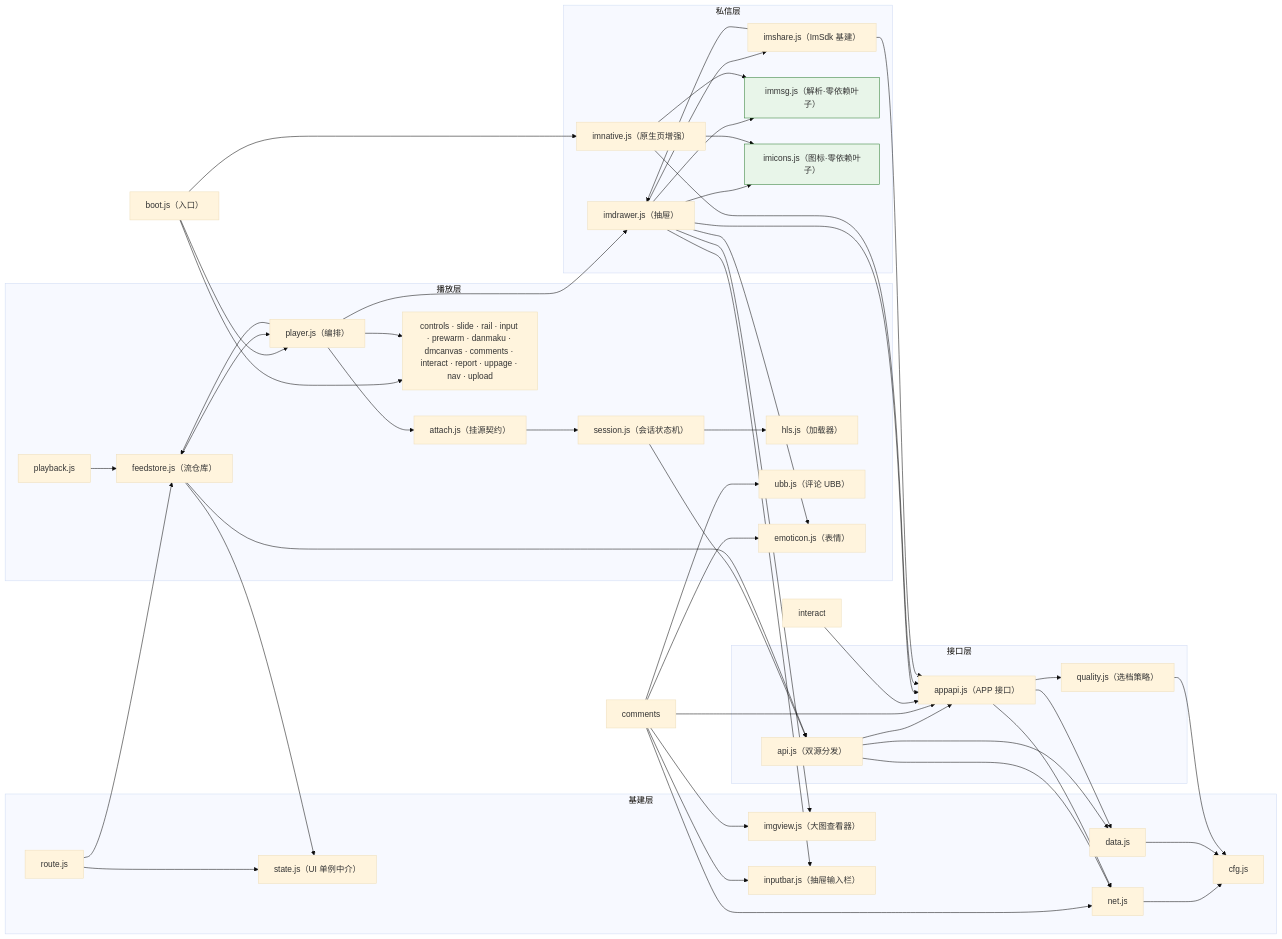
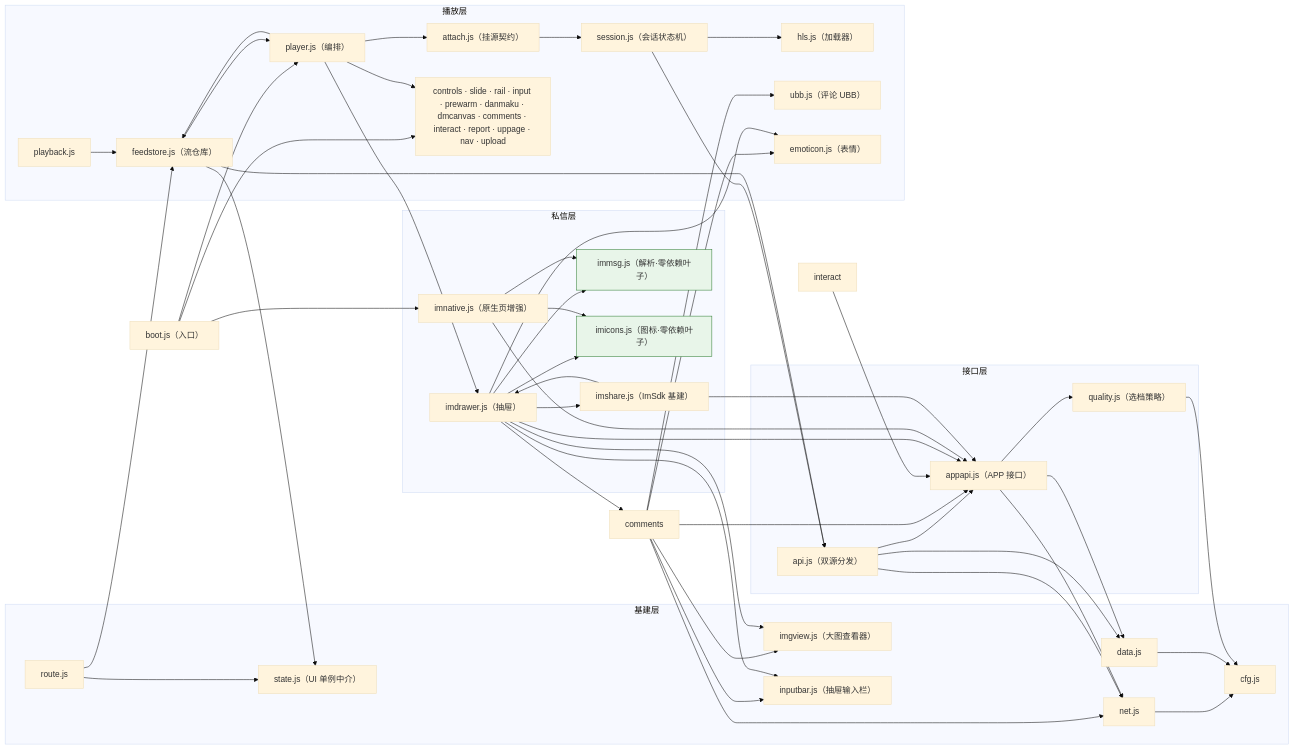
One commit to name-xxl/acfun-svfeed changed the diagram in README.md. Above: the diagram before and after it, drawn with Mermaid (base theme).

Commit message:
docs：依赖图补 imdrawer→comments 边（syncCommentVars 避让协调，旧图漏画）

````diff
--- a/README.md
+++ b/README.md
@@ -909,63 +909,63 @@
 ```mermaid
 flowchart LR
   subgraph base["基建层"]
     cfg["cfg.js"]
     net["net.js"]
     data["data.js"]
     state["state.js（UI 单例中介）"]
     route["route.js"]
     imgview["imgview.js（大图查看器）"]
     inputbar["inputbar.js（抽屉输入栏）"]
   end
 
   subgraph apilayer["接口层"]
     api["api.js（双源分发）"]
     appapi["appapi.js（APP 接口）"]
     quality["quality.js（选档策略）"]
   end
 
   subgraph play["播放层"]
     hls["hls.js（加载器）"]
     session["session.js（会话状态机）"]
     attach["attach.js（挂源契约）"]
     player["player.js（编排）"]
     feedstore["feedstore.js（流仓库）"]
     pb["playback.js"]
     ubb["ubb.js（评论 UBB）"]
     emoticon["emoticon.js（表情）"]
     others["controls · slide · rail · input · prewarm · danmaku · dmcanvas · comments · interact · report · uppage · nav · upload"]
   end
 
   subgraph im["私信层"]
     imshare["imshare.js（ImSdk 基建）"]
     imdrawer["imdrawer.js（抽屉）"]
     imnative["imnative.js（原生页增强）"]
     immsg["immsg.js（解析·零依赖叶子）"]
     imicons["imicons.js（图标·零依赖叶子）"]
   end
 
   boot["boot.js（入口）"]
 
   net --> cfg
   data --> cfg
   route --> state & feedstore
   quality --> cfg
 
   api --> net & data & appapi
   appapi --> net & data & quality
 
   boot --> player & others & imnative
   player --> attach & others & feedstore & imdrawer
   attach --> session
   session --> api & hls
   pb --> feedstore
   feedstore --> api & state & player
   comments --> ubb & emoticon & inputbar & imgview & appapi & net
   interact --> appapi
-  imdrawer --> imshare & immsg & imicons & appapi & emoticon & inputbar & imgview
+  imdrawer --> imshare & immsg & imicons & appapi & emoticon & inputbar & imgview & comments
   imnative --> immsg & imicons & appapi
   imshare --> appapi & imdrawer
 
   classDef leaf fill:#e8f5e9,stroke:#2e7d32;
   class immsg,imicons leaf;
 ```
````
